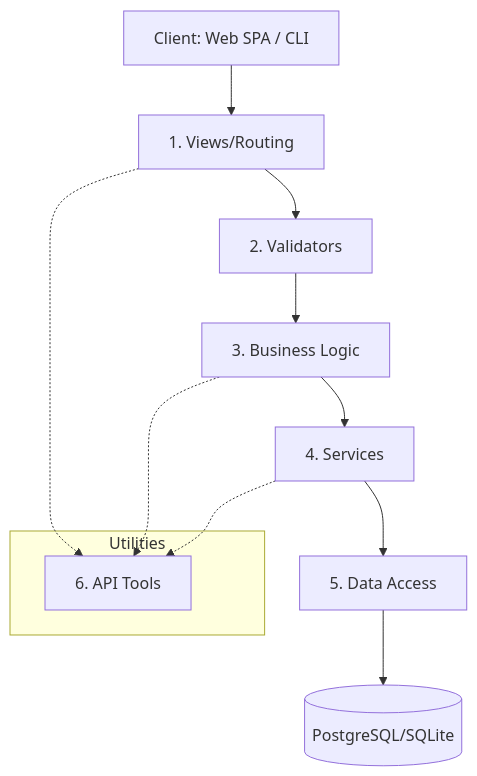
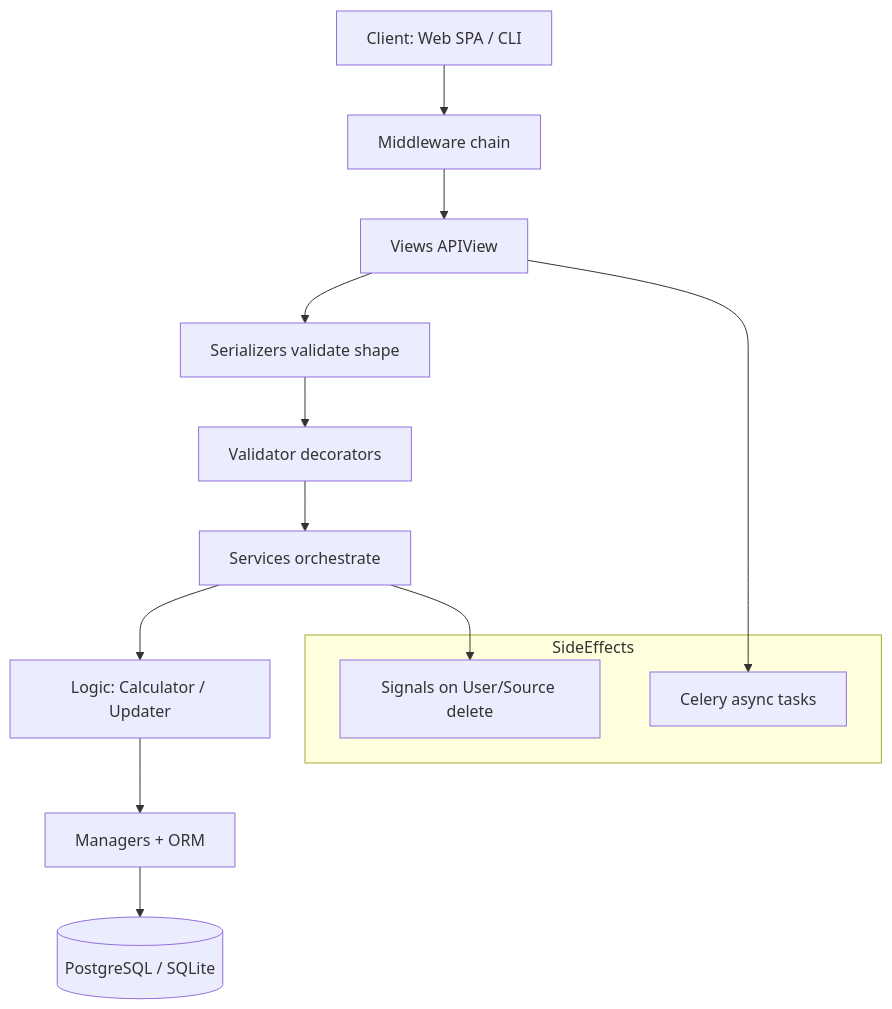
The diagram in api_docs/02_Data_Flow_and_Architecture.md (AzazelAzure/finance-manager-design-docs), drawn with Mermaid before and after one commit. The commit also changed other lines of this file and 9 other files, not shown here.

````diff
--- a/api_docs/02_Data_Flow_and_Architecture.md
+++ b/api_docs/02_Data_Flow_and_Architecture.md
@@ -13,17 +30,19 @@
 ```mermaid
 graph TD
-    Client[Client: Web SPA / CLI] --> Views[1. Views/Routing]
-    Views --> Validators[2. Validators]
-    Validators --> Logic[3. Business Logic]
-    Logic --> Services[4. Services]
-    Services --> Data[5. Data Access]
-    Data --> DB[(PostgreSQL/SQLite)]
-    
-    subgraph Utilities
-        Tools[6. API Tools]
+    Client[Client: Web SPA / CLI] --> MW[Middleware chain]
+    MW --> Views[Views APIView]
+    Views --> Ser[Serializers validate shape]
+    Ser --> Val[Validator decorators]
+    Val --> Svc[Services orchestrate]
+    Svc --> Logic[Logic: Calculator / Updater]
+    Logic --> ORM[Managers + ORM]
+    ORM --> DB[(PostgreSQL / SQLite)]
+
+    subgraph SideEffects
+        Sig[Signals on User/Source delete]
+        Cel[Celery async tasks]
     end
-    
-    Views -.-> Tools
-    Logic -.-> Tools
-    Services -.-> Tools
+
+    Svc --> Sig
+    Views --> Cel
 ```
````
